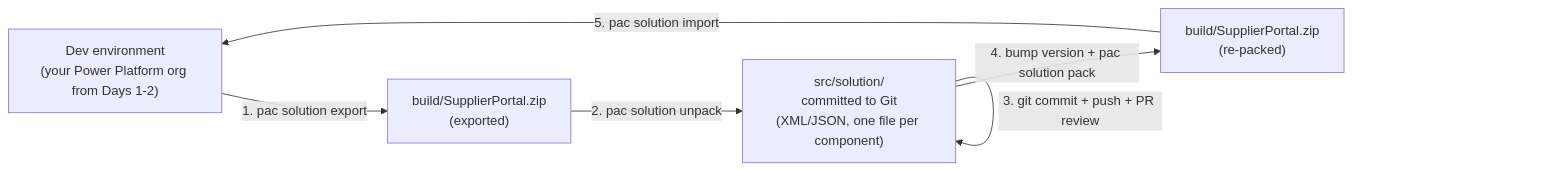
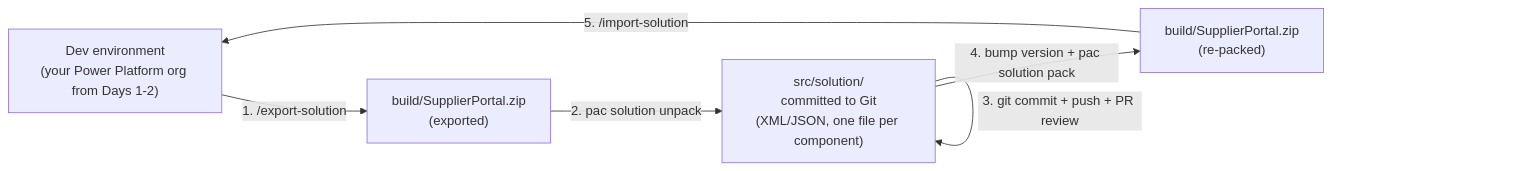
Before and after one commit to neerajnandwana-msft/powerpages-lab: the diagram in docs/alm/11-solution-and-dependencies.md, drawn with Mermaid. The commit also changed other lines of this file and 16 other files, not shown here.

````diff
--- a/docs/alm/11-solution-and-dependencies.md
+++ b/docs/alm/11-solution-and-dependencies.md
@@ -120,13 +197,13 @@
 ```mermaid
 flowchart LR
     Dev["Dev environment<br/>(your Power Platform org from Days 1-2)"]
     ZipOut["build/SupplierPortal.zip<br/>(exported)"]
     Src["src/solution/<br/>committed to Git<br/>(XML/JSON, one file per component)"]
     ZipIn["build/SupplierPortal.zip<br/>(re-packed)"]
 
-    Dev -->|"1. pac solution export"| ZipOut
+    Dev -->|"1. /export-solution"| ZipOut
     ZipOut -->|"2. pac solution unpack"| Src
     Src -->|"3. git commit + push + PR review"| Src
     Src -->|"4. bump version + pac solution pack"| ZipIn
-    ZipIn -->|"5. pac solution import"| Dev
+    ZipIn -->|"5. /import-solution"| Dev
 ```
````
